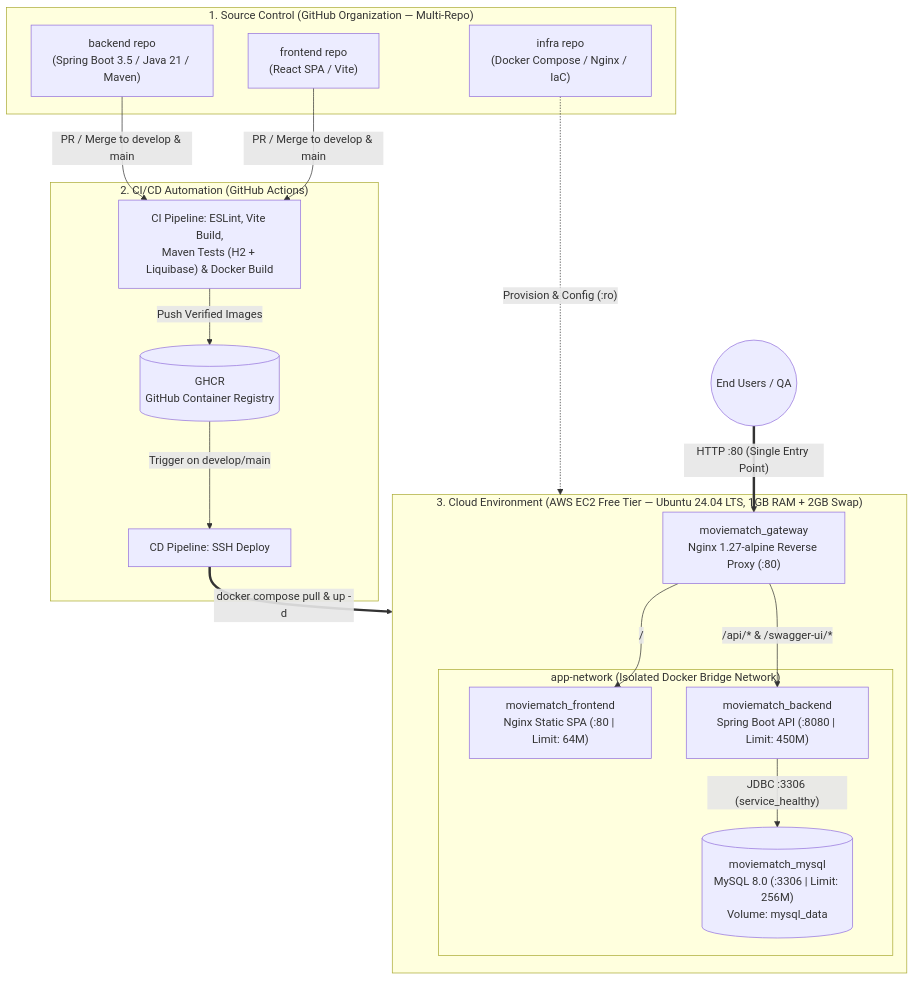
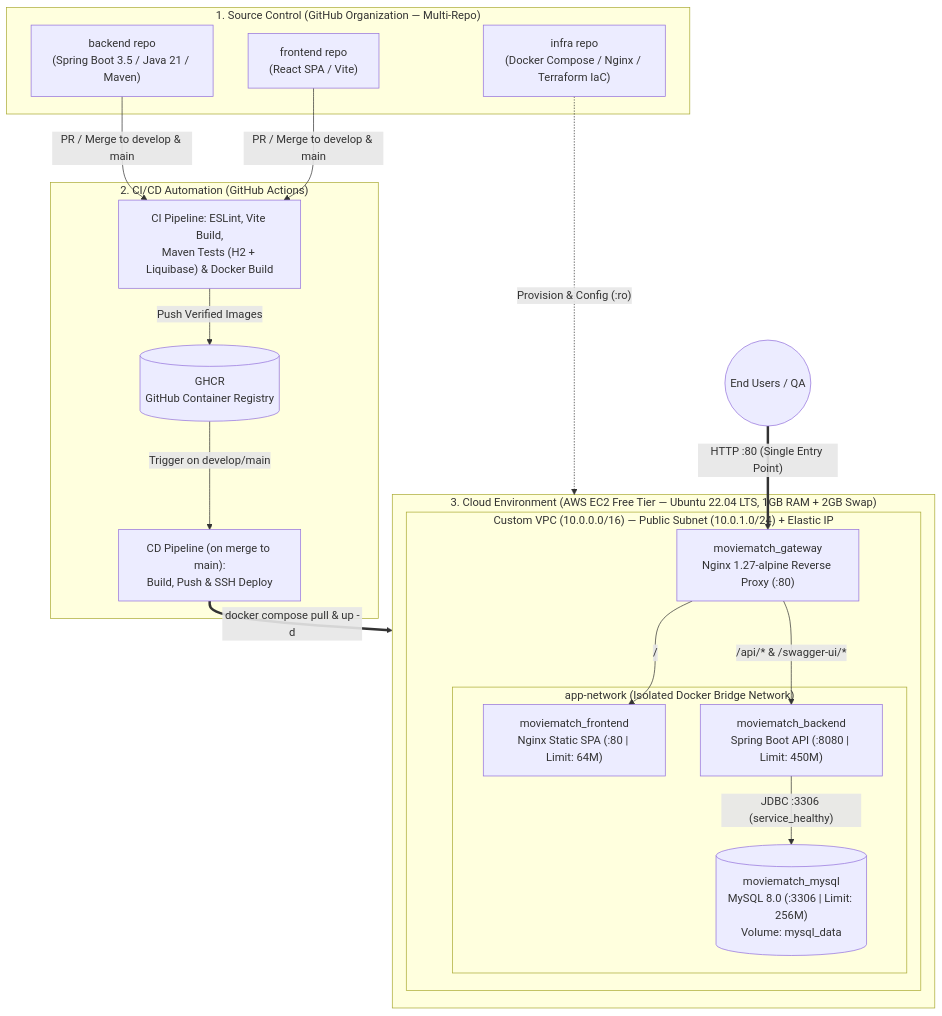
Before and after one commit to mate-team-project-262/infra: the diagram in README.md, drawn with Mermaid. The commit also changed other lines of this file and 7 other files, not shown here.

Commit message:
feat(T2-88, T2-89): provision AWS EC2 infrastructure with Terraform and cloud-init bootstrap

````diff
--- a/README.md
+++ b/README.md
@@ -9,40 +9,42 @@
 ```mermaid
 graph TB
     subgraph GitHub ["1. Source Control (GitHub Organization — Multi-Repo)"]
         FE_Repo["frontend repo<br/>(React SPA / Vite)"]
         BE_Repo["backend repo<br/>(Spring Boot 3.5 / Java 21 / Maven)"]
-        IN_Repo["infra repo<br/>(Docker Compose / Nginx / IaC)"]
+        IN_Repo["infra repo<br/>(Docker Compose / Nginx / Terraform IaC)"]
     end
 
     subgraph CICD ["2. CI/CD Automation (GitHub Actions)"]
         CI["CI Pipeline: ESLint, Vite Build,<br/>Maven Tests (H2 + Liquibase) & Docker Build"]
         GHCR[("GHCR<br/>GitHub Container Registry")]
-        CD["CD Pipeline: SSH Deploy"]
+        CD["CD Pipeline (on merge to main):<br/>Build, Push & SSH Deploy"]
     end
 
-    subgraph AWS ["3. Cloud Environment (AWS EC2 Free Tier — Ubuntu 24.04 LTS, 1GB RAM + 2GB Swap)"]
-        Nginx["moviematch_gateway<br/>Nginx 1.27-alpine Reverse Proxy (:80)"]
-        
-        subgraph DockerNet ["app-network (Isolated Docker Bridge Network)"]
-            FE_Cont["moviematch_frontend<br/>Nginx Static SPA (:80 | Limit: 64M)"]
-            BE_Cont["moviematch_backend<br/>Spring Boot API (:8080 | Limit: 450M)"]
-            DB_Cont[("moviematch_mysql<br/>MySQL 8.0 (:3306 | Limit: 256M)<br/>Volume: mysql_data")]
+    subgraph AWS ["3. Cloud Environment (AWS EC2 Free Tier — Ubuntu 22.04 LTS, 1GB RAM + 2GB Swap)"]
+        subgraph VPC ["Custom VPC (10.0.0.0/16) — Public Subnet (10.0.1.0/24) + Elastic IP"]
+            Nginx["moviematch_gateway<br/>Nginx 1.27-alpine Reverse Proxy (:80)"]
+
+            subgraph DockerNet ["app-network (Isolated Docker Bridge Network)"]
+                FE_Cont["moviematch_frontend<br/>Nginx Static SPA (:80 | Limit: 64M)"]
+                BE_Cont["moviematch_backend<br/>Spring Boot API (:8080 | Limit: 450M)"]
+                DB_Cont[("moviematch_mysql<br/>MySQL 8.0 (:3306 | Limit: 256M)<br/>Volume: mysql_data")]
+            end
         end
     end
 
     Users(("End Users / QA"))
 
     %% CI/CD Flows
     FE_Repo -->|"PR / Merge to develop & main"| CI
     BE_Repo -->|"PR / Merge to develop & main"| CI
     CI -->|"Push Verified Images"| GHCR
     GHCR -->|"Trigger on develop/main"| CD
     IN_Repo -.->|"Provision & Config (:ro)"| AWS
     CD ==>|"docker compose pull & up -d"| AWS
 
     %% Runtime Traffic Flows
     Users ==>|"HTTP :80 (Single Entry Point)"| Nginx
     Nginx -->|"/"| FE_Cont
     Nginx -->|"/api/* & /swagger-ui/*"| BE_Cont
     BE_Cont -->|"JDBC :3306 (service_healthy)"| DB_Cont
 ```
````
